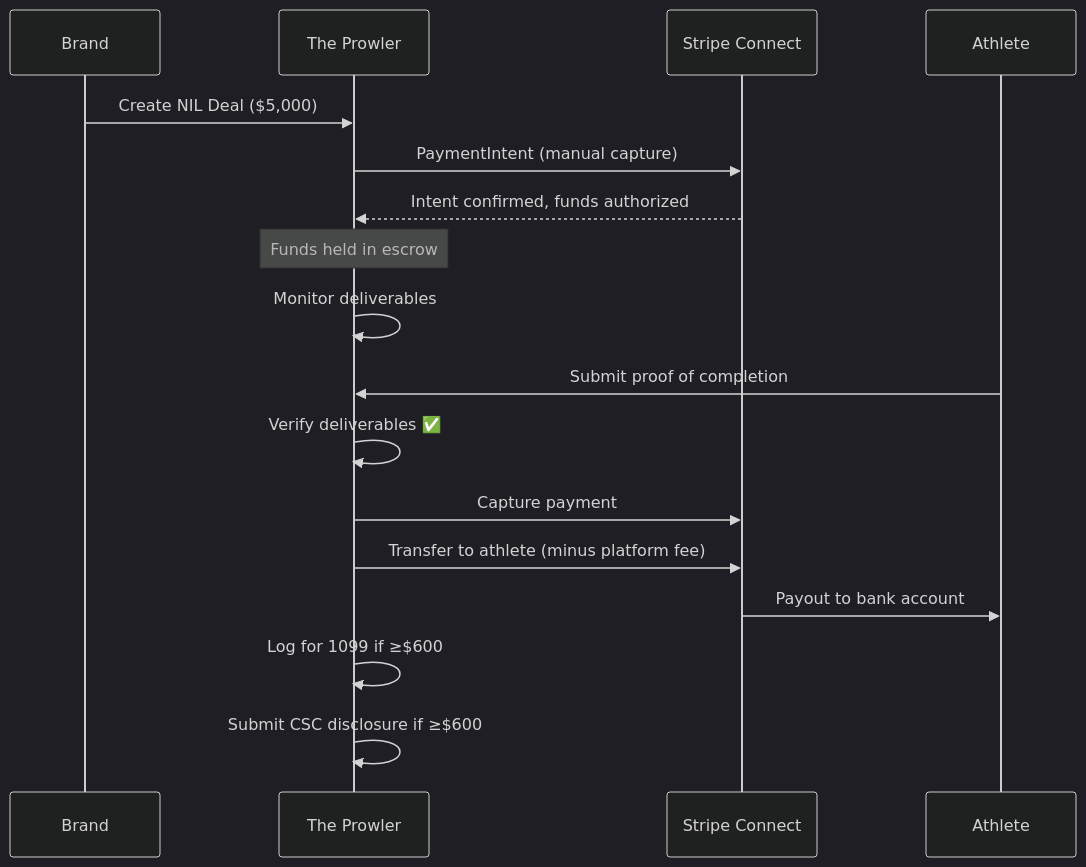
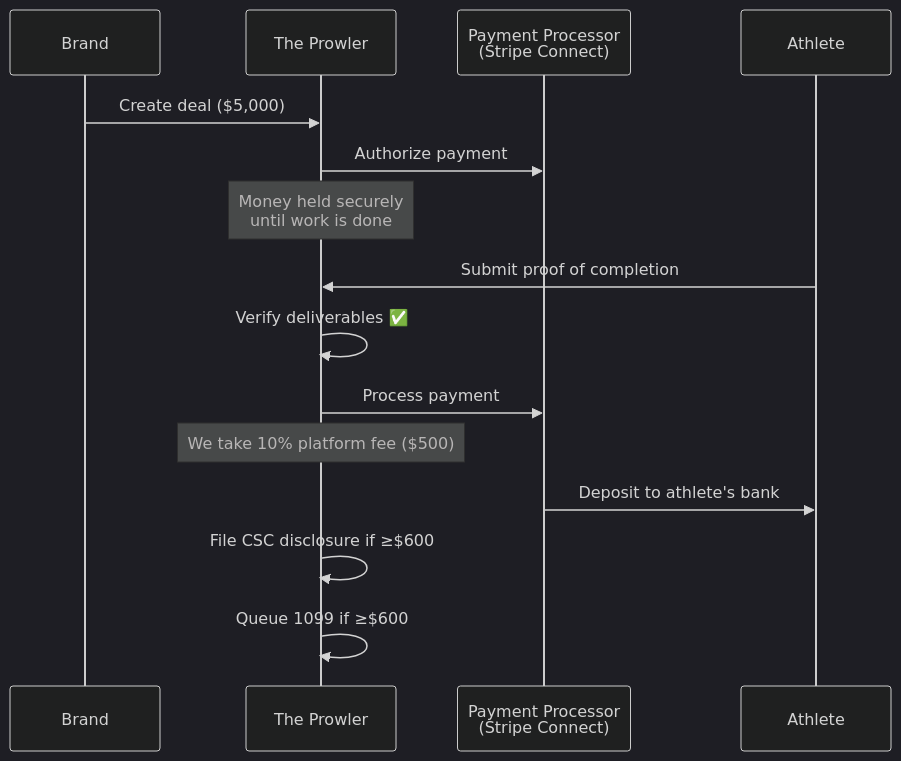
Before and after one commit to huttonbenj/The-Prowler: the sixth of 13 diagrams in STRATEGY.md, drawn with Mermaid (dark theme). The commit also changed other lines of this file and 1 other file, not shown here.

````diff
--- a/STRATEGY.md
+++ b/STRATEGY.md
@@ -300,24 +187,18 @@
 ```mermaid
 sequenceDiagram
     participant Brand
     participant Platform as The Prowler
-    participant Stripe as Stripe Connect
+    participant Stripe as Payment Processor<br/>(Stripe Connect)
     participant Athlete
 
-    Brand->>Platform: Create NIL Deal ($5,000)
-    Platform->>Stripe: PaymentIntent (manual capture)
-    Stripe-->>Platform: Intent confirmed, funds authorized
-
-    Note over Platform: Funds held in escrow
-
-    Platform->>Platform: Monitor deliverables
+    Brand->>Platform: Create deal ($5,000)
+    Platform->>Stripe: Authorize payment
+    Note over Platform: Money held securely<br/>until work is done
     Athlete->>Platform: Submit proof of completion
-
     Platform->>Platform: Verify deliverables ✅
-    Platform->>Stripe: Capture payment
-    Platform->>Stripe: Transfer to athlete (minus platform fee)
-    Stripe->>Athlete: Payout to bank account
-
-    Platform->>Platform: Log for 1099 if ≥$600
-    Platform->>Platform: Submit CSC disclosure if ≥$600
+    Platform->>Stripe: Process payment
+    Note over Platform: We take 10% platform fee ($500)
+    Stripe->>Athlete: Deposit to athlete's bank
+    Platform->>Platform: File CSC disclosure if ≥$600
+    Platform->>Platform: Queue 1099 if ≥$600
 ```
````
